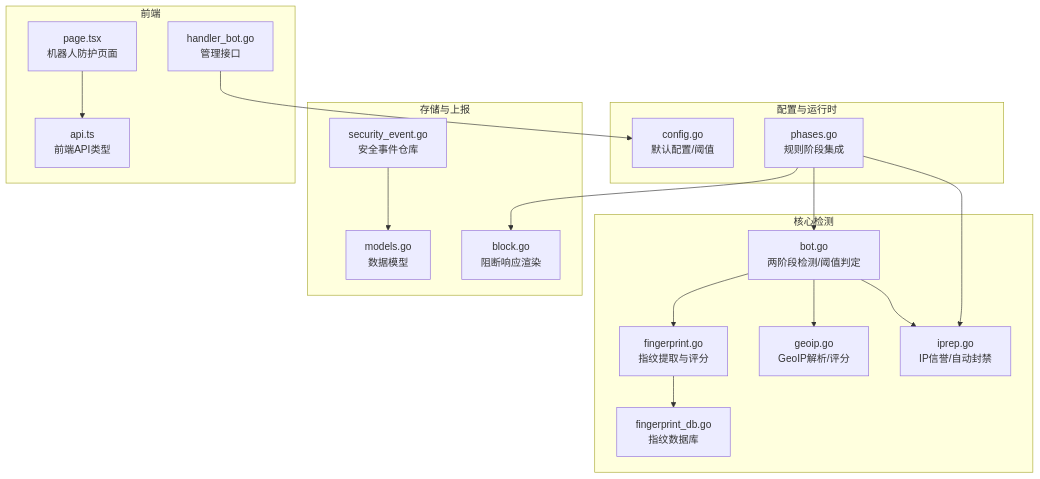
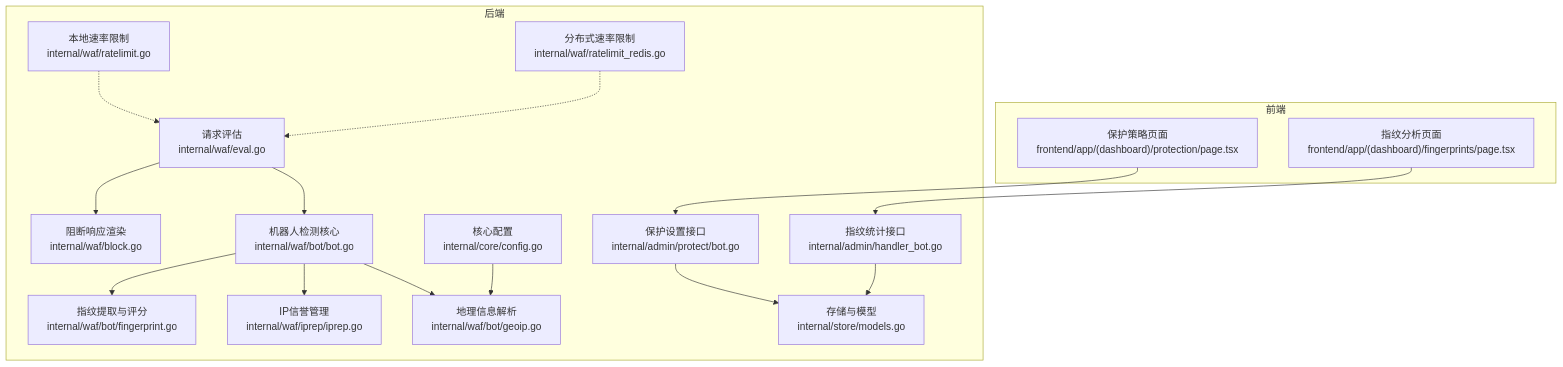
One commit to x01n/My-OpenWaf changed the first of 6 diagrams in docs/WAF 引擎系统/处理阶段详解/机器人检测阶段.md. Above: the diagram before and after it, drawn with Mermaid. The commit also changed other lines of this file and 199 other files, not shown here.

````diff
--- a/docs/WAF 引擎系统/处理阶段详解/机器人检测阶段.md
+++ b/docs/WAF 引擎系统/处理阶段详解/机器人检测阶段.md
@@ -45,34 +43,33 @@
 ```mermaid
 graph TB
-subgraph "核心检测"
-BOT["bot.go<br/>两阶段检测/阈值判定"]
-FP["fingerprint.go<br/>指纹提取与评分"]
-FPDB["fingerprint_db.go<br/>指纹数据库"]
-GEO["geoip.go<br/>GeoIP解析/评分"]
-IPREP["iprep.go<br/>IP信誉/自动封禁"]
+subgraph "前端"
+FE_Protection["保护策略页面<br/>frontend/app/(dashboard)/protection/page.tsx"]
+FE_Fingerprints["指纹分析页面<br/>frontend/app/(dashboard)/fingerprints/page.tsx"]
 end
-subgraph "配置与运行时"
-CFG["config.go<br/>默认配置/阈值"]
-PHASE["phases.go<br/>规则阶段集成"]
+subgraph "后端"
+Eval["请求评估<br/>internal/waf/eval.go"]
+Bot["机器人检测核心<br/>internal/waf/bot/bot.go"]
+FP["指纹提取与评分<br/>internal/waf/bot/fingerprint.go"]
+Geo["地理信息解析<br/>internal/waf/bot/geoip.go"]
+Rep["IP信誉管理<br/>internal/waf/iprep/iprep.go"]
+RL["本地速率限制<br/>internal/waf/ratelimit.go"]
+RLR["分布式速率限制<br/>internal/waf/ratelimit_redis.go"]
+Block["阻断响应渲染<br/>internal/waf/block.go"]
+Store["存储与模型<br/>internal/store/models.go"]
+Cfg["核心配置<br/>internal/core/config.go"]
+AdminHandler["保护设置接口<br/>internal/admin/protect/bot.go"]
+FingerprintHandler["指纹统计接口<br/>internal/admin/handler_bot.go"]
 end
-subgraph "存储与上报"
-SE_REPO["security_event.go<br/>安全事件仓库"]
-MODELS["models.go<br/>数据模型"]
-BLOCK["block.go<br/>阻断响应渲染"]
-end
-subgraph "前端"
-ADMIN["handler_bot.go<br/>管理接口"]
-UI["page.tsx<br/>机器人防护页面"]
-API["api.ts<br/>前端API类型"]
-end
-BOT --> FP
-BOT --> GEO
-BOT --> IPREP
-FP --> FPDB
-PHASE --> BOT
-PHASE --> IPREP
-PHASE --> BLOCK
-SE_REPO --> MODELS
-ADMIN --> CFG
-UI --> API
+FE_Protection --> AdminHandler
+FE_Fingerprints --> FingerprintHandler
+AdminHandler --> Store
+FingerprintHandler --> Store
+Eval --> Bot
+Bot --> Geo
+Bot --> Rep
+Bot --> FP
+RL -.-> Eval
+RLR -.-> Eval
+Eval --> Block
+Cfg --> Geo
 ```
````
